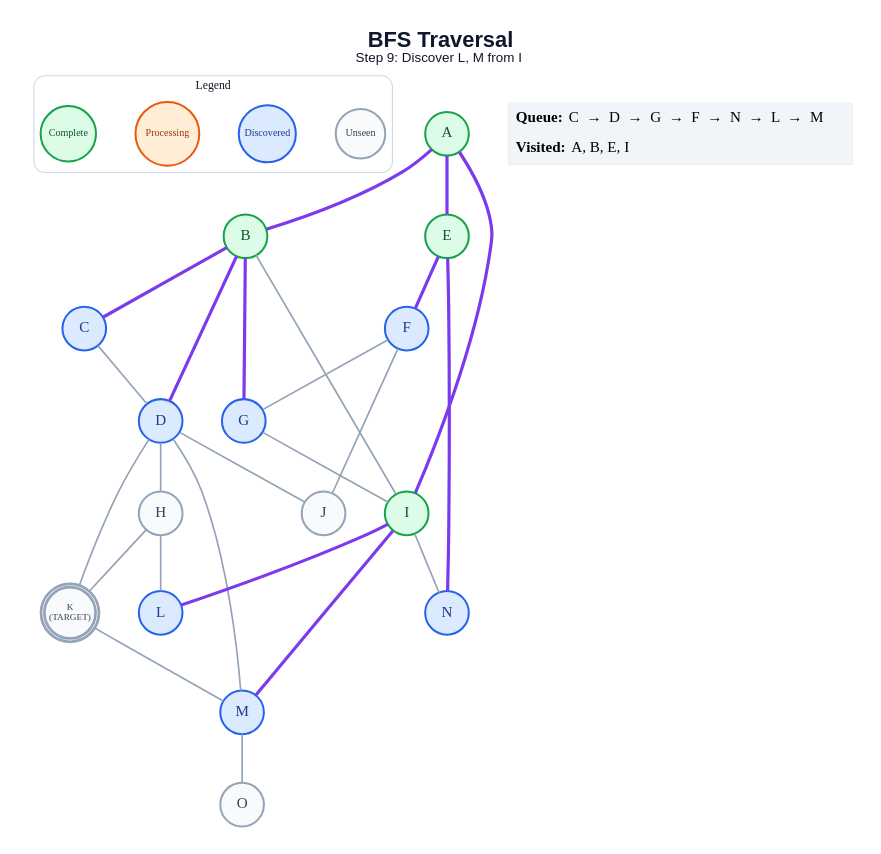
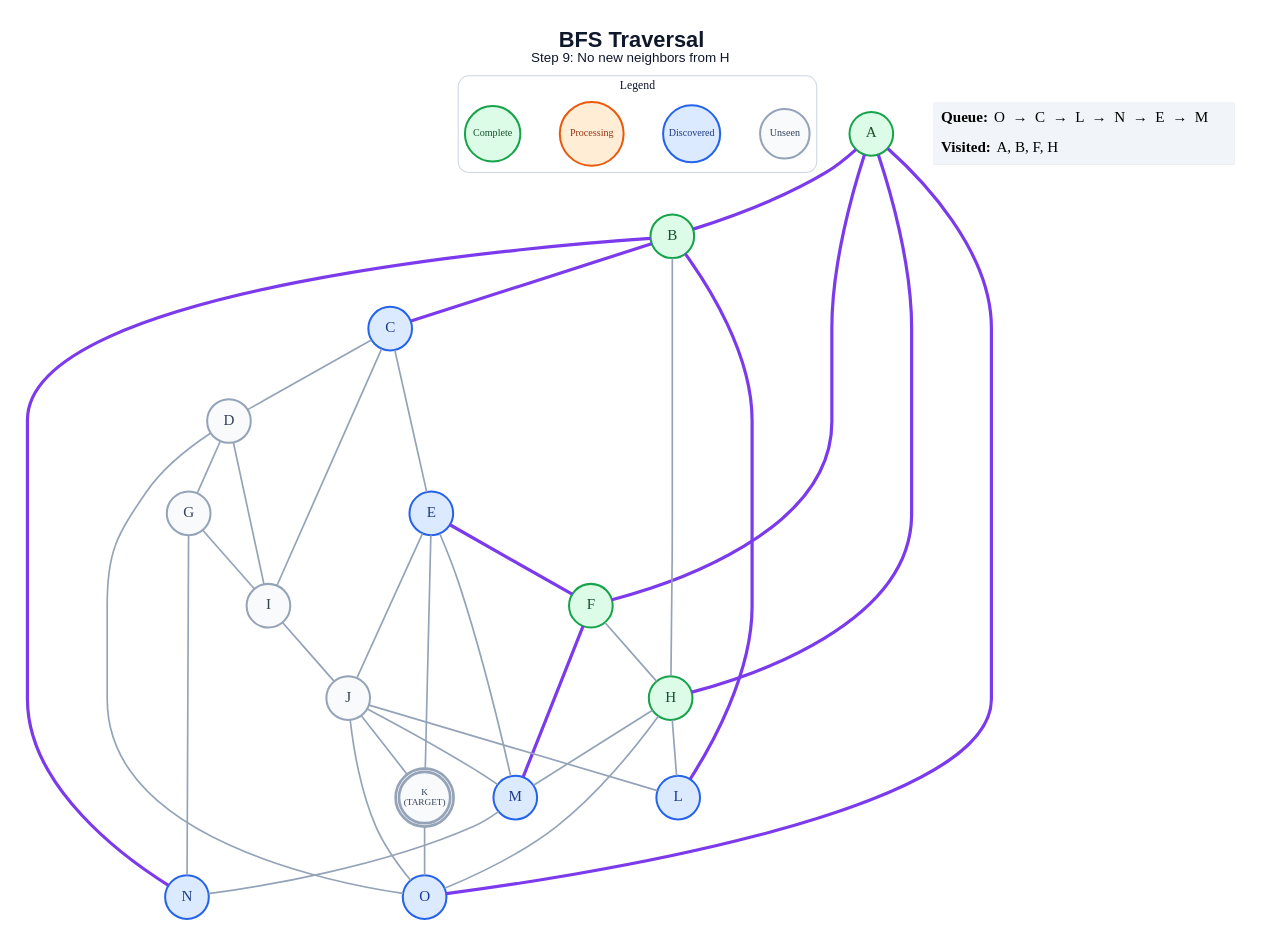
The diagram in generated/short-circuit/bfs/step_09.dot (anon7238593-create/ai-slop), drawn with Graphviz before and after one commit. The commit also changed 269 other files, not shown here.

```diff
--- a/generated/short-circuit/bfs/step_09.dot
+++ b/generated/short-circuit/bfs/step_09.dot
@@ -1,58 +1,66 @@
 graph traversal {
   graph [layout=dot, rankdir=TB, bgcolor="#FFFFFF", pad="0.35", nodesep="0.65", ranksep="0.8", fontname="Arial"];
   node [shape=circle, style="filled", fontname="Arial Bold", fontsize=18, width=0.72, fixedsize=true, penwidth=2.4];
   edge [color="#94A3B8", penwidth=2.0];
-  label=<<B>BFS Traversal</B><BR/><FONT POINT-SIZE="16">Step 9: Discover L, M from I</FONT>>; labelloc="t"; fontsize=26; fontname="Arial"; fontcolor="#0F172A";
+  label=<<B>BFS Traversal</B><BR/><FONT POINT-SIZE="16">Step 9: No new neighbors from H</FONT>>; labelloc="t"; fontsize=26; fontname="Arial"; fontcolor="#0F172A";
   subgraph cluster_legend { label="Legend"; color="#CBD5E1"; penwidth=1.2; style="rounded"; fontsize=14; fontname="Arial Bold";
     key_unseen [label="Unseen", fillcolor="#F8FAFC", color="#94A3B8", fontcolor="#334155", fontsize=12, width=0.82];
     key_frontier [label="Discovered", fillcolor="#DBEAFE", color="#2563EB", fontcolor="#1E3A8A", fontsize=12, width=0.95];
     key_current [label="Processing", fillcolor="#FFEDD5", color="#EA580C", fontcolor="#9A3412", fontsize=12, width=1.05];
     key_done [label="Complete", fillcolor="#DCFCE7", color="#16A34A", fontcolor="#14532D", fontsize=12, width=0.92];
     { rank=same; key_unseen; key_frontier; key_current; key_done; }
   }
   A [label="A", fillcolor="#DCFCE7", color="#16A34A", fontcolor="#14532D", peripheries=1, penwidth=2.4];
   B [label="B", fillcolor="#DCFCE7", color="#16A34A", fontcolor="#14532D", peripheries=1, penwidth=2.4];
   C [label="C", fillcolor="#DBEAFE", color="#2563EB", fontcolor="#1E3A8A", peripheries=1, penwidth=2.4];
-  D [label="D", fillcolor="#DBEAFE", color="#2563EB", fontcolor="#1E3A8A", peripheries=1, penwidth=2.4];
-  E [label="E", fillcolor="#DCFCE7", color="#16A34A", fontcolor="#14532D", peripheries=1, penwidth=2.4];
-  F [label="F", fillcolor="#DBEAFE", color="#2563EB", fontcolor="#1E3A8A", peripheries=1, penwidth=2.4];
-  G [label="G", fillcolor="#DBEAFE", color="#2563EB", fontcolor="#1E3A8A", peripheries=1, penwidth=2.4];
-  H [label="H", fillcolor="#F8FAFC", color="#94A3B8", fontcolor="#334155", peripheries=1, penwidth=2.4];
-  I [label="I", fillcolor="#DCFCE7", color="#16A34A", fontcolor="#14532D", peripheries=1, penwidth=2.4];
+  D [label="D", fillcolor="#F8FAFC", color="#94A3B8", fontcolor="#334155", peripheries=1, penwidth=2.4];
+  E [label="E", fillcolor="#DBEAFE", color="#2563EB", fontcolor="#1E3A8A", peripheries=1, penwidth=2.4];
+  F [label="F", fillcolor="#DCFCE7", color="#16A34A", fontcolor="#14532D", peripheries=1, penwidth=2.4];
+  G [label="G", fillcolor="#F8FAFC", color="#94A3B8", fontcolor="#334155", peripheries=1, penwidth=2.4];
+  H [label="H", fillcolor="#DCFCE7", color="#16A34A", fontcolor="#14532D", peripheries=1, penwidth=2.4];
+  I [label="I", fillcolor="#F8FAFC", color="#94A3B8", fontcolor="#334155", peripheries=1, penwidth=2.4];
   J [label="J", fillcolor="#F8FAFC", color="#94A3B8", fontcolor="#334155", peripheries=1, penwidth=2.4];
   K [label="K\n(TARGET)", fillcolor="#F8FAFC", color="#94A3B8", fontcolor="#334155", peripheries=2, penwidth=3.2, fontsize=11, width=0.85, height=0.85];
   L [label="L", fillcolor="#DBEAFE", color="#2563EB", fontcolor="#1E3A8A", peripheries=1, penwidth=2.4];
   M [label="M", fillcolor="#DBEAFE", color="#2563EB", fontcolor="#1E3A8A", peripheries=1, penwidth=2.4];
   N [label="N", fillcolor="#DBEAFE", color="#2563EB", fontcolor="#1E3A8A", peripheries=1, penwidth=2.4];
-  O [label="O", fillcolor="#F8FAFC", color="#94A3B8", fontcolor="#334155", peripheries=1, penwidth=2.4];
+  O [label="O", fillcolor="#DBEAFE", color="#2563EB", fontcolor="#1E3A8A", peripheries=1, penwidth=2.4];
   A -- B [color="#7C3AED", penwidth=3.8];
-  A -- E [color="#7C3AED", penwidth=3.8];
-  A -- I [color="#7C3AED", penwidth=3.8];
+  A -- F [color="#7C3AED", penwidth=3.8];
+  A -- H [color="#7C3AED", penwidth=3.8];
+  A -- O [color="#7C3AED", penwidth=3.8];
   B -- C [color="#7C3AED", penwidth=3.8];
-  B -- D [color="#7C3AED", penwidth=3.8];
-  B -- G [color="#7C3AED", penwidth=3.8];
-  B -- I;
+  B -- H;
+  B -- L [color="#7C3AED", penwidth=3.8];
+  B -- N [color="#7C3AED", penwidth=3.8];
   C -- D;
-  D -- H;
-  D -- J;
-  D -- K;
-  D -- M;
+  C -- E;
+  C -- I;
+  D -- G;
+  D -- I;
+  D -- O;
   E -- F [color="#7C3AED", penwidth=3.8];
-  E -- N [color="#7C3AED", penwidth=3.8];
-  F -- G;
-  F -- J;
+  E -- J;
+  E -- K;
+  E -- M;
+  F -- H;
+  F -- M [color="#7C3AED", penwidth=3.8];
   G -- I;
-  H -- K;
+  G -- N;
   H -- L;
-  I -- L [color="#7C3AED", penwidth=3.8];
-  I -- M [color="#7C3AED", penwidth=3.8];
-  I -- N;
-  K -- M;
-  M -- O;
+  H -- M;
+  H -- O;
+  I -- J;
+  J -- K;
+  J -- L;
+  J -- M;
+  J -- O;
+  K -- O;
+  M -- N;
   status [shape=plain, fixedsize=false, width=0, height=0, margin=0, label=<
     <TABLE BORDER="0" CELLBORDER="0" CELLPADDING="7" BGCOLOR="#F1F5F9">
-      <TR><TD ALIGN="LEFT"><B>Queue:</B> C  →  D  →  G  →  F  →  N  →  L  →  M</TD></TR>
-      <TR><TD ALIGN="LEFT"><B>Visited:</B> A, B, E, I</TD></TR>
+      <TR><TD ALIGN="LEFT"><B>Queue:</B> O  →  C  →  L  →  N  →  E  →  M</TD></TR>
+      <TR><TD ALIGN="LEFT"><B>Visited:</B> A, B, F, H</TD></TR>
     </TABLE>
   >];
 }
```
